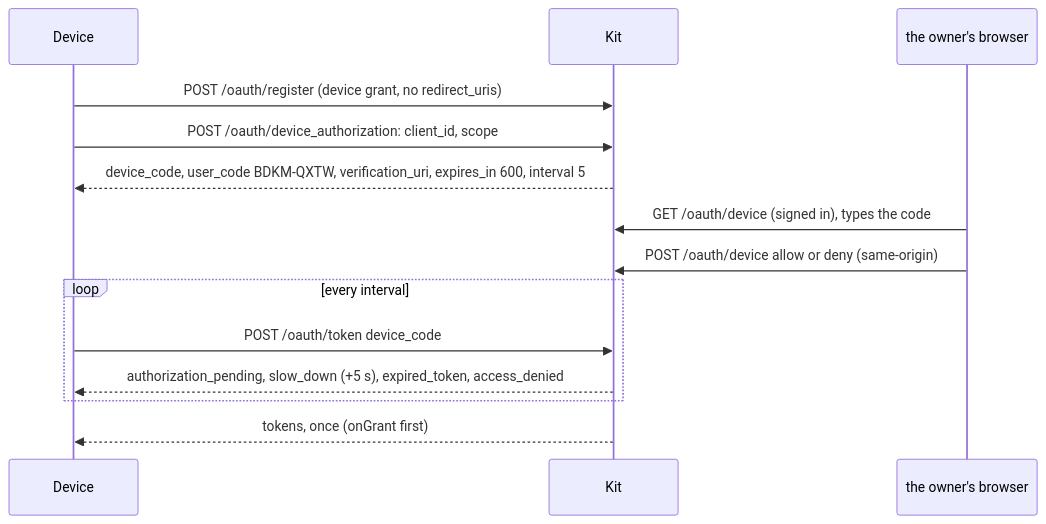
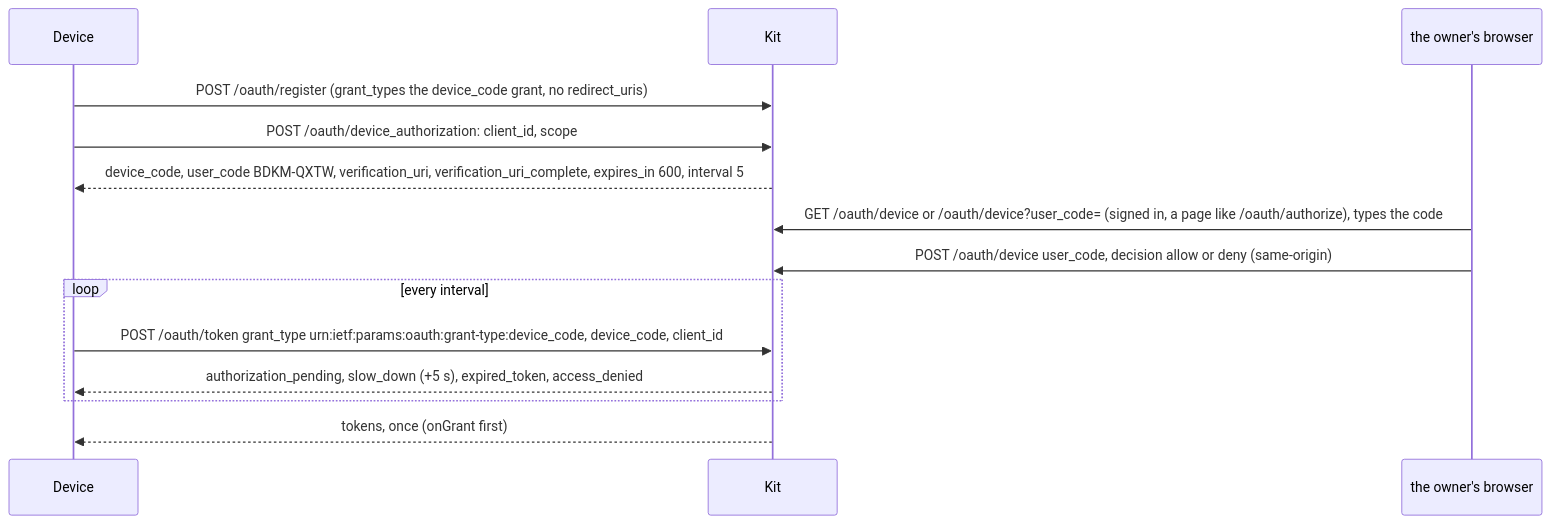
The sixth of 7 diagrams in src/oauth/README.md (escalay/api-kit), drawn with Mermaid before and after one commit. The commit also changed other lines of this file and 1 other file, not shown here.

First line of the commit message:
docs(oauth): say each topic once in the readme

````diff
--- a/src/oauth/README.md
+++ b/src/oauth/README.md
@@ -323,16 +323,16 @@
 ```mermaid
 sequenceDiagram
   participant Device
   participant Kit
   participant Owner as the owner's browser
-  Device->>Kit: POST /oauth/register (device grant, no redirect_uris)
+  Device->>Kit: POST /oauth/register (grant_types the device_code grant, no redirect_uris)
   Device->>Kit: POST /oauth/device_authorization: client_id, scope
-  Kit-->>Device: device_code, user_code BDKM-QXTW, verification_uri, expires_in 600, interval 5
-  Owner->>Kit: GET /oauth/device (signed in), types the code
-  Owner->>Kit: POST /oauth/device allow or deny (same-origin)
+  Kit-->>Device: device_code, user_code BDKM-QXTW, verification_uri, verification_uri_complete, expires_in 600, interval 5
+  Owner->>Kit: GET /oauth/device or /oauth/device?user_code= (signed in, a page like /oauth/authorize), types the code
+  Owner->>Kit: POST /oauth/device user_code, decision allow or deny (same-origin)
   loop every interval
-    Device->>Kit: POST /oauth/token device_code
+    Device->>Kit: POST /oauth/token grant_type urn:ietf:params:oauth:grant-type:device_code, device_code, client_id
     Kit-->>Device: authorization_pending, slow_down (+5 s), expired_token, access_denied
   end
   Kit-->>Device: tokens, once (onGrant first)
 ```
````
